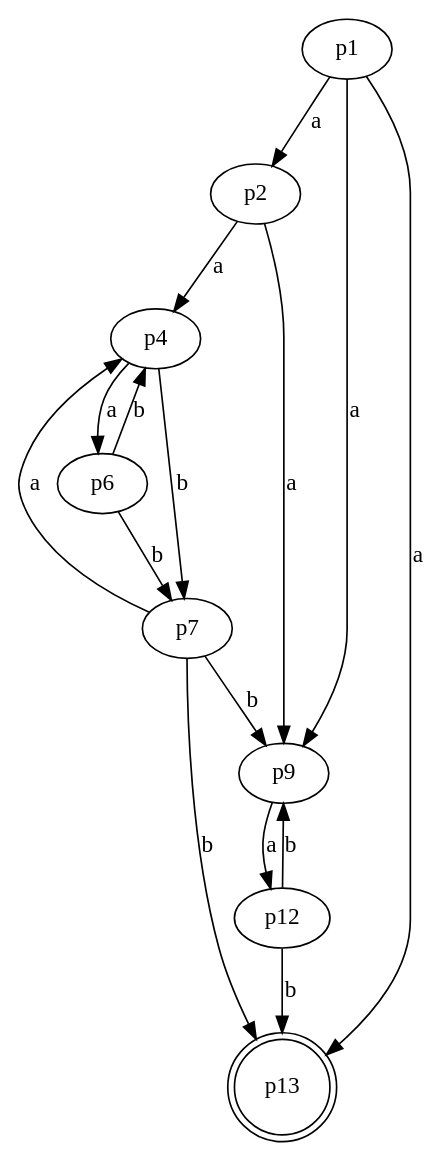
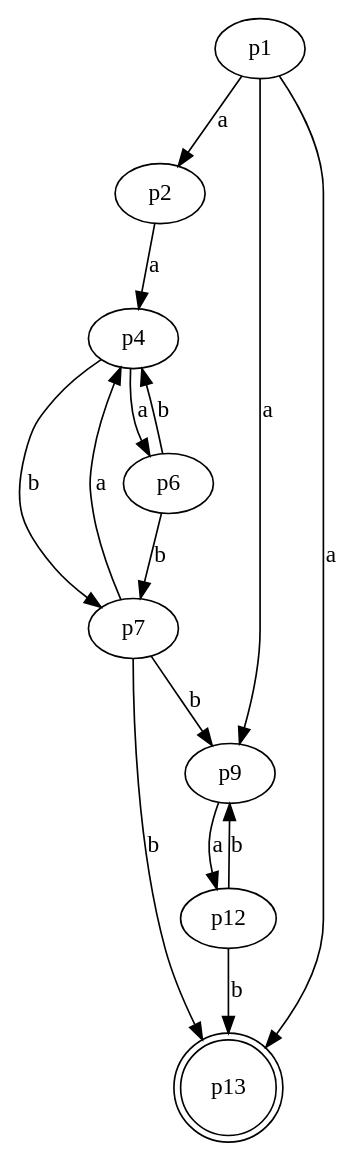
One commit to NRU-MPEI-IMAI/git-Edmelissa changed the diagram in Task3/3_2(del).gv. Above: the diagram before and after it, drawn with Graphviz.

```diff
--- a/Task3/3_2(del).gv
+++ b/Task3/3_2(del).gv
@@ -1,34 +1,33 @@
 digraph G 
 {
     n1 [label = p1]
     n2 [label = p2]
     n4 [label = p4]
     n6 [label = p6]
     n7 [label = p7]
     n9 [label = p9]
     n12 [label = p12]
     n13[label = p13, shape = doublecircle]
 
 
     n1 -> n2 [label = "a"]
     n1 -> n9 [label = "a"]
     n1 -> n13 [label = "a"]
     
     n2 -> n4 [label = "a"]
-    n2 -> n9 [label = "a"]
     
     n4 -> n6 [label = "a"]
     n4 -> n7 [label = "b"]
     
     n6 -> n4 [label = "b"]
     n6 -> n7 [label = "b"]
     
     n7 -> n4 [label = "a"]
     n7 -> n9 [label = "b"]
     n7 -> n13 [label = "b"]
     
     n9 -> n12 [label = "a"]
     
     n12 -> n13 [label = "b"]
     n12 -> n9 [label = "b"]
 }
```
